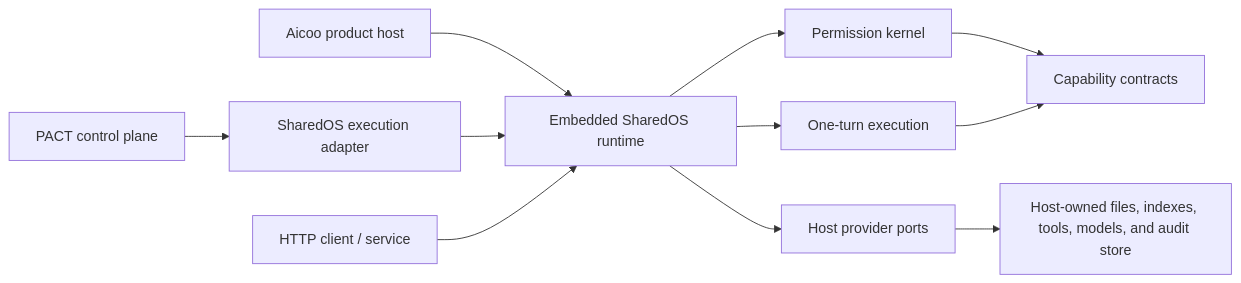
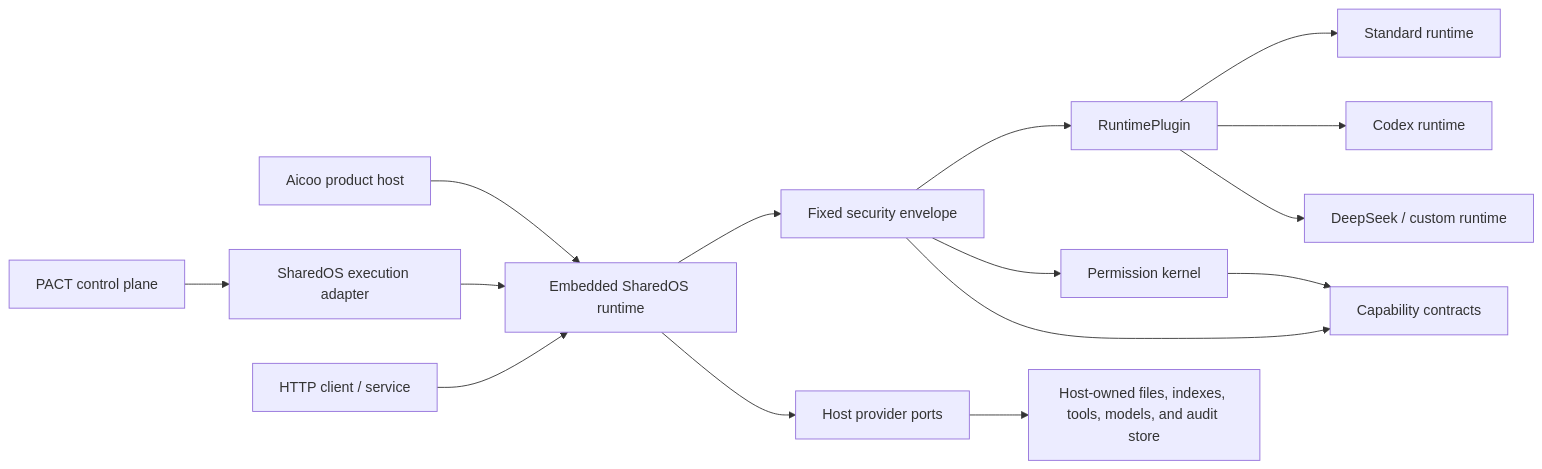
The diagram in README.md (Aicoo-Team/SharedOS), drawn with Mermaid before and after one commit. The commit also changed other lines of this file and 44 other files, not shown here.

Commit message:
feat(runtime): add pluggable runtime security envelope

````diff
--- a/README.md
+++ b/README.md
@@ -85,13 +87,17 @@
 ```mermaid
 flowchart LR
   A["Aicoo product host"] --> E["Embedded SharedOS runtime"]
   P["PACT control plane"] --> X["SharedOS execution adapter"]
   X --> E
   H["HTTP client / service"] --> E
-  E --> K["Permission kernel"]
-  E --> R["One-turn execution"]
-  K --> C["Capability contracts"]
-  R --> C
+  E --> K["Fixed security envelope"]
+  K --> R["RuntimePlugin"]
+  R --> RS["Standard runtime"]
+  R --> RC["Codex runtime"]
+  R --> RD["DeepSeek / custom runtime"]
+  K --> PK["Permission kernel"]
+  PK --> C["Capability contracts"]
+  K --> C
   E --> HP["Host provider ports"]
   HP --> D["Host-owned files, indexes, tools, models, and audit store"]
 ```
````
